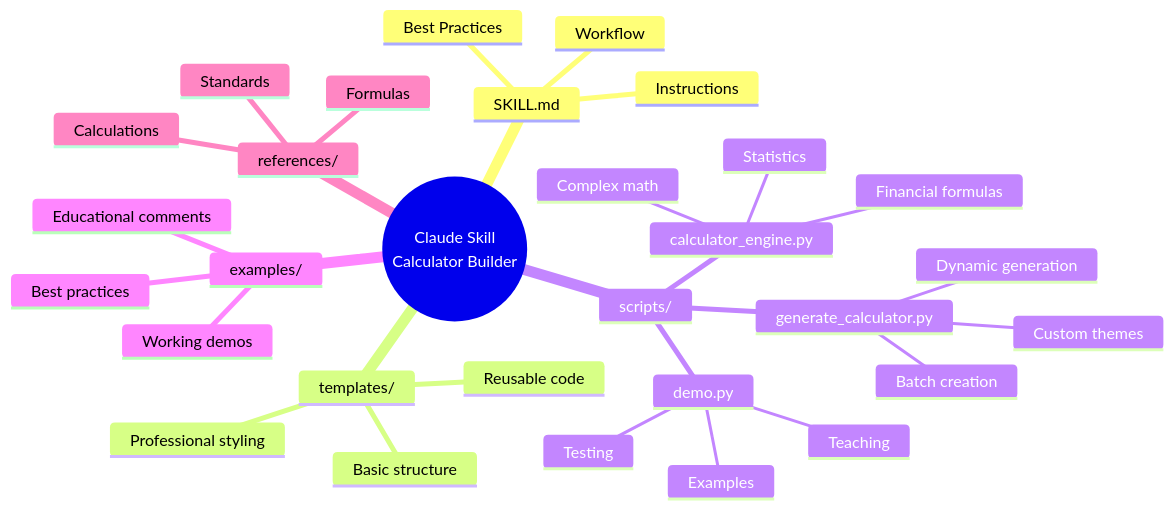
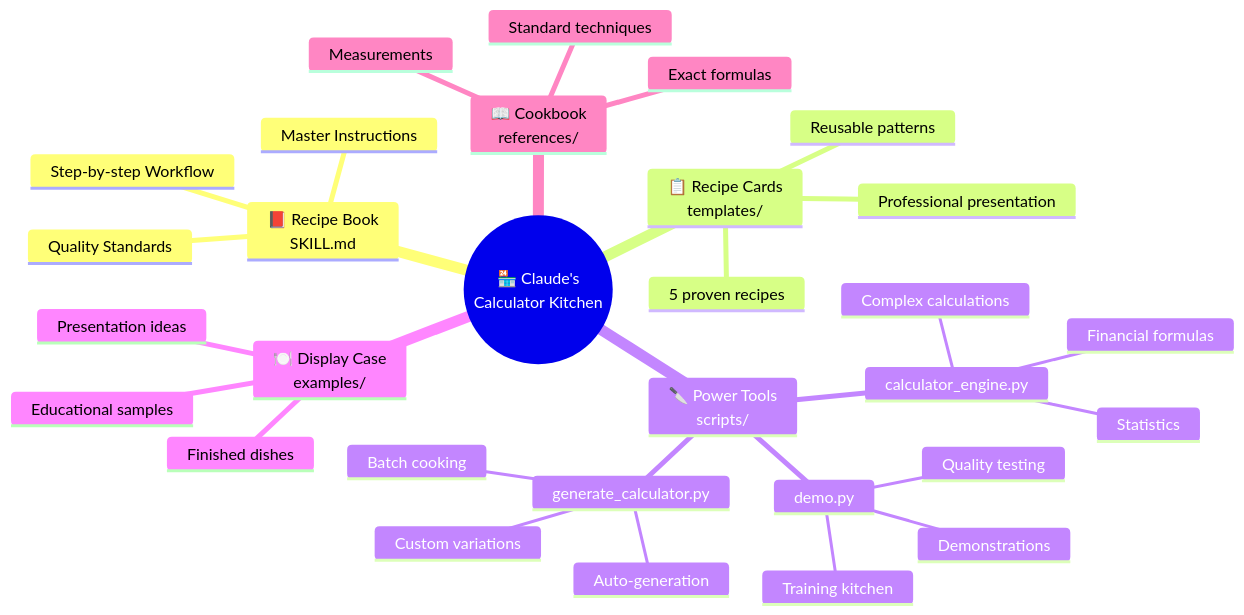
One commit to rilov/claudeskill changed diagram 17 of 18 in caludeskillexplained.md. Above: the diagram before and after it, drawn with Mermaid. The commit also changed other lines of this file and 3 other files, not shown here.

````diff
--- a/caludeskillexplained.md
+++ b/caludeskillexplained.md
@@ -922,33 +1006,33 @@
 ```mermaid
 mindmap
-  root((Claude Skill<br/>Calculator Builder))
-    SKILL.md
-      Instructions
-      Workflow
-      Best Practices
-    templates/
-      Basic structure
-      Reusable code
-      Professional styling
-    scripts/
+  root((🏪 Claude's<br/>Calculator Kitchen))
+    📕 Recipe Book<br/>SKILL.md
+      Master Instructions
+      Step-by-step Workflow
+      Quality Standards
+    📋 Recipe Cards<br/>templates/
+      5 proven recipes
+      Reusable patterns
+      Professional presentation
+    🔪 Power Tools<br/>scripts/
       calculator_engine.py
-        Complex math
+        Complex calculations
         Financial formulas
         Statistics
       generate_calculator.py
-        Dynamic generation
-        Custom themes
-        Batch creation
+        Batch cooking
+        Custom variations
+        Auto-generation
       demo.py
-        Examples
-        Teaching
-        Testing
-    examples/
-      Working demos
-      Best practices
-      Educational comments
-    references/
-      Formulas
-      Calculations
-      Standards
+        Training kitchen
+        Demonstrations
+        Quality testing
+    🍽️ Display Case<br/>examples/
+      Finished dishes
+      Presentation ideas
+      Educational samples
+    📖 Cookbook<br/>references/
+      Exact formulas
+      Measurements
+      Standard techniques
 ```
````
